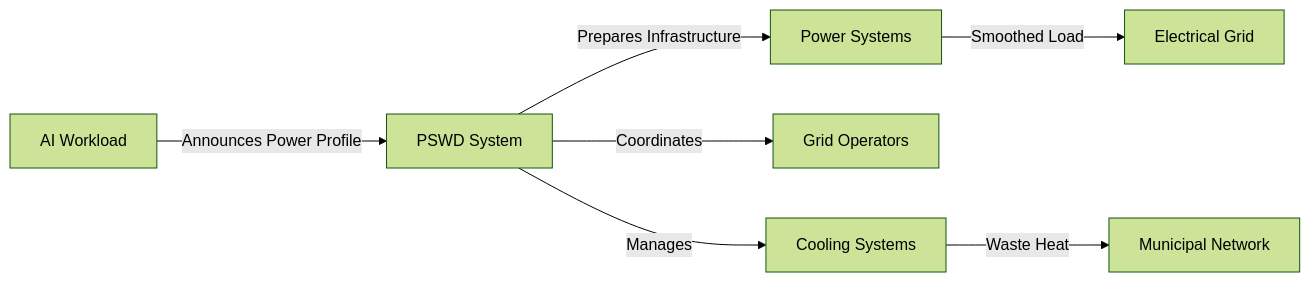
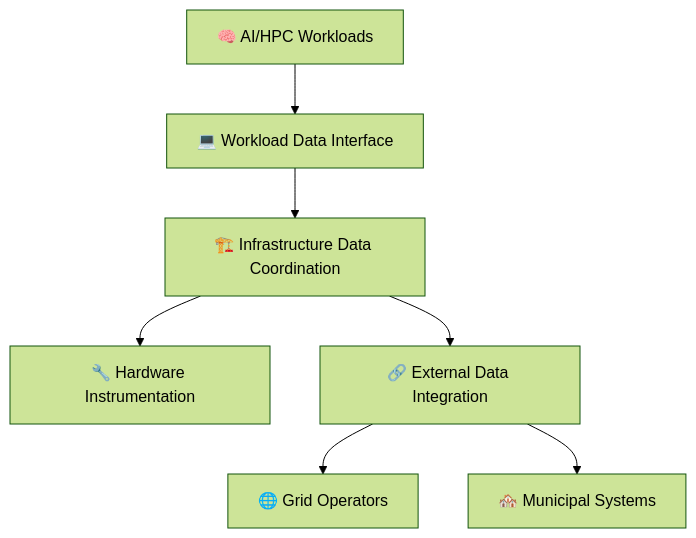
One commit to Green-Software-Foundation/Workload-Dynamic-Power-and-Cooling changed the diagram in README.md. Above: the diagram before and after it, drawn with Mermaid (forest theme). The commit also changed other lines of this file, not shown here.

````diff
--- a/README.md
+++ b/README.md
@@ -26,9 +43,9 @@
 ```mermaid
-graph LR
-    A[AI Workload] -->|Announces Power Profile| B[PSWD System]
-    B -->|Prepares Infrastructure| C[Power Systems]
-    B -->|Coordinates| D[Grid Operators]
-    B -->|Manages| E[Cooling Systems]
-    C -->|Smoothed Load| F[Electrical Grid]
-    E -->|Waste Heat| G[Municipal Network]
+graph TD
+    A[🧠 AI/HPC Workloads] --> B[💻 Workload Data Interface]
+    B --> C[🏗️ Infrastructure Data Coordination]
+    C --> D[🔧 Hardware Instrumentation]
+    C --> E[🔗 External Data Integration]
+    E --> F[🌐 Grid Operators]
+    E --> G[🏘️ Municipal Systems]
 ```
````
